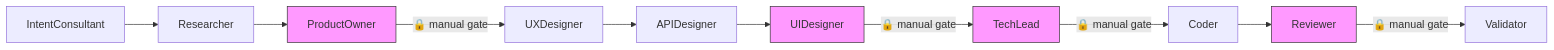
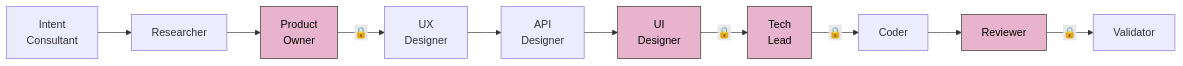
One commit to ZB-ur/mosaicat changed the first of 3 diagrams in README.md. Above: the diagram before and after it, drawn with Mermaid. The commit also changed other lines of this file and 1 other file, not shown here.

````diff
--- a/README.md
+++ b/README.md
@@ -50,17 +56,17 @@
 ```mermaid
 graph LR
-    IC[IntentConsultant] --> R[Researcher]
-    R --> PO[ProductOwner]
-    PO -->|🔒 manual gate| UX[UXDesigner]
-    UX --> API[APIDesigner]
-    API --> UI[UIDesigner]
-    UI -->|🔒 manual gate| TL[TechLead]
-    TL -->|🔒 manual gate| C[Coder]
+    IC[Intent<br/>Consultant] --> R[Researcher]
+    R --> PO[Product<br/>Owner]
+    PO -->|"🔒"| UX[UX<br/>Designer]
+    UX --> API[API<br/>Designer]
+    API --> UI[UI<br/>Designer]
+    UI -->|"🔒"| TL[Tech<br/>Lead]
+    TL -->|"🔒"| C[Coder]
     C --> RV[Reviewer]
-    RV -->|🔒 manual gate| V[Validator]
+    RV -->|"🔒"| V[Validator]
 
-    style PO fill:#f9f,stroke:#333
-    style UI fill:#f9f,stroke:#333
-    style TL fill:#f9f,stroke:#333
-    style RV fill:#f9f,stroke:#333
+    style PO fill:#e8b4cb,stroke:#333,color:#000
+    style UI fill:#e8b4cb,stroke:#333,color:#000
+    style TL fill:#e8b4cb,stroke:#333,color:#000
+    style RV fill:#e8b4cb,stroke:#333,color:#000
 ```
````
